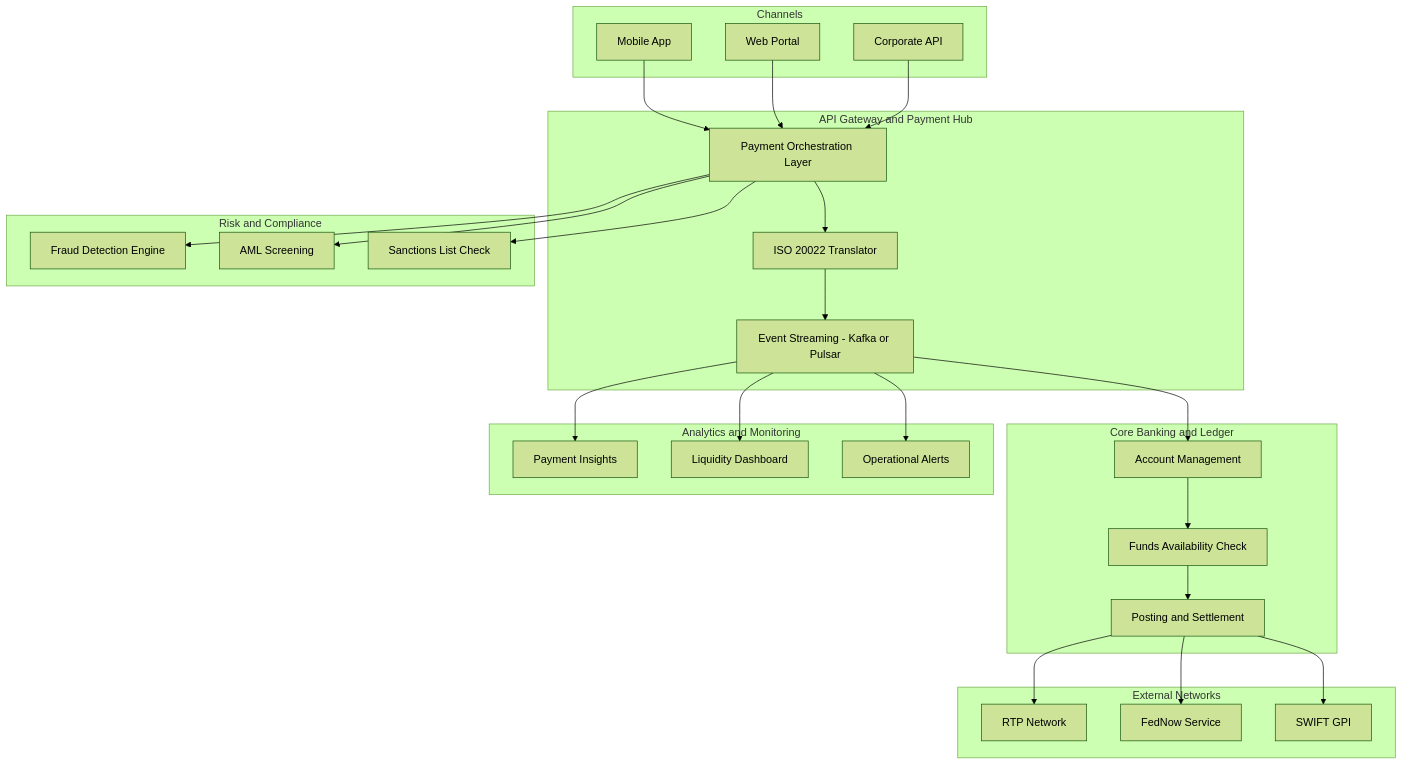
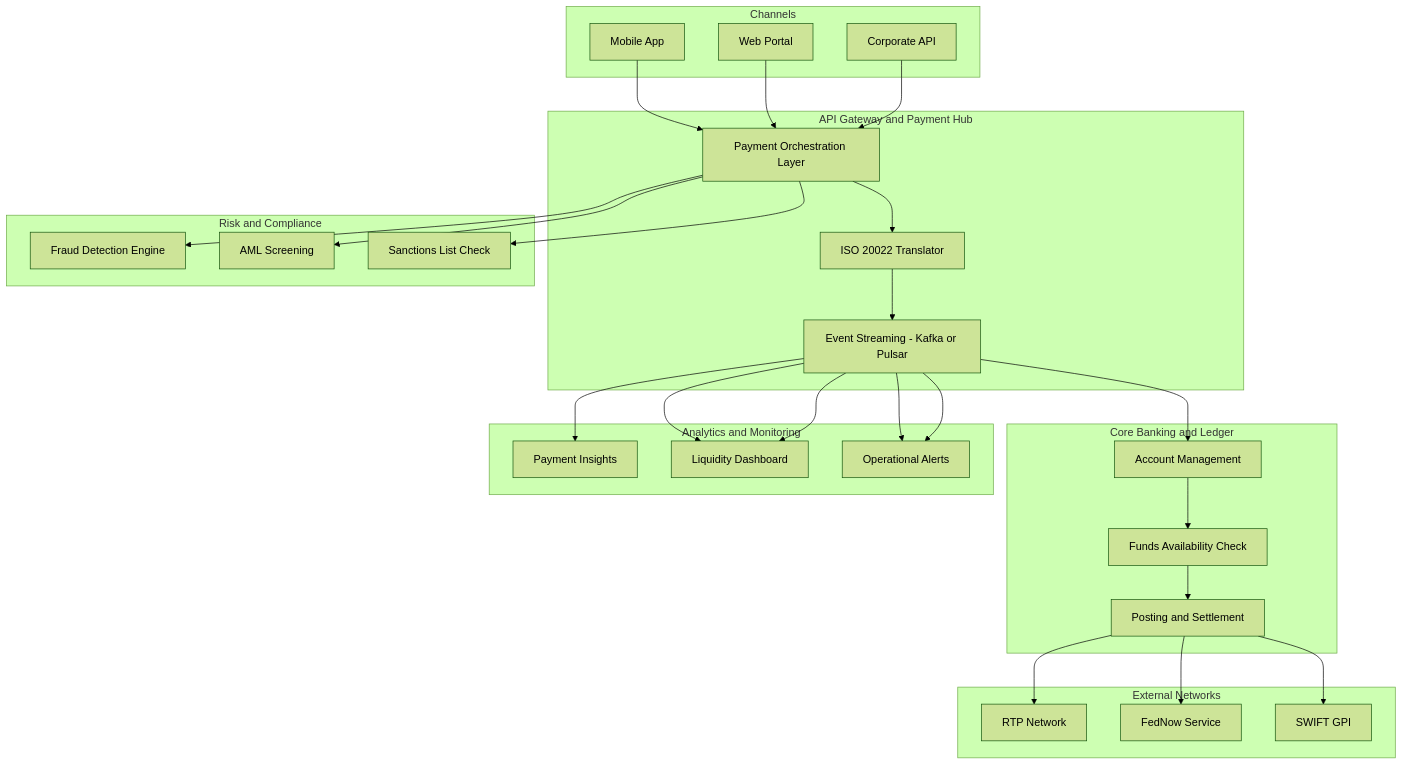
One commit to neerajtrac3/banking-modernization-portfolio changed the diagram in use-cases/real-time-payments-modernization.md. Above: the diagram before and after it, drawn with Mermaid (forest theme). The commit also changed other lines of this file, not shown here.

````diff
--- a/use-cases/real-time-payments-modernization.md
+++ b/use-cases/real-time-payments-modernization.md
@@ -100,56 +100,58 @@
 ```mermaid
 flowchart TB
     subgraph Channels
         A[Mobile App]
         B[Web Portal]
         C[Corporate API]
     end
 
     subgraph Gateway[API Gateway and Payment Hub]
         D[Payment Orchestration Layer]
         E[ISO 20022 Translator]
         F[Event Streaming - Kafka or Pulsar]
     end
 
     subgraph Core[Core Banking and Ledger]
         G[Account Management]
         H[Funds Availability Check]
         I[Posting and Settlement]
     end
 
     subgraph External[External Networks]
         J[RTP Network]
         K[FedNow Service]
         L[SWIFT GPI]
     end
 
     subgraph Risk[Risk and Compliance]
         M[Fraud Detection Engine]
         N[AML Screening]
         O[Sanctions List Check]
     end
 
     subgraph Analytics[Analytics and Monitoring]
         P[Payment Insights]
         Q[Liquidity Dashboard]
         R[Operational Alerts]
     end
 
     A --> D
     B --> D
     C --> D
     D --> E
     E --> F
     F --> G
     G --> H
     H --> I
     I --> J
     I --> K
     I --> L
     D --> M
     D --> N
     D --> O
     F --> P
     F --> Q
     F --> R
+    F --> Q
+    F --> R
 ```
````
